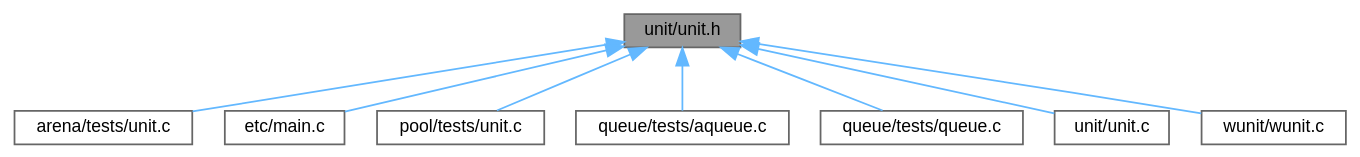
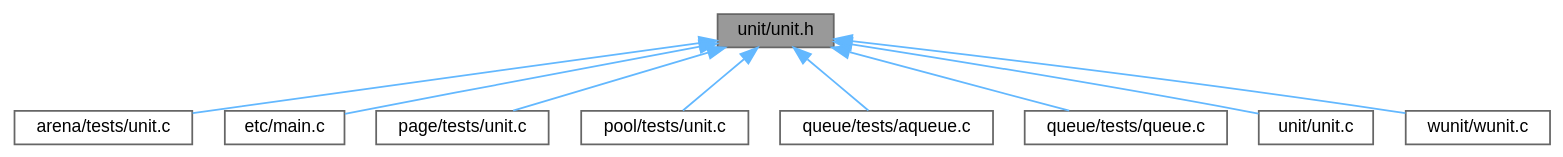
The diagram in docs/d7/d05/unit_8h__dep__incl.dot (segfreak/muda), drawn with Graphviz before and after one commit. The commit also changed 154 other files, not shown here.

```diff
--- a/docs/d7/d05/unit_8h__dep__incl.dot
+++ b/docs/d7/d05/unit_8h__dep__incl.dot
@@ -1,22 +1,24 @@
 digraph "unit/unit.h"
 {
  // LATEX_PDF_SIZE
   bgcolor="transparent";
   edge [fontname=Helvetica,fontsize=10,labelfontname=Helvetica,labelfontsize=10];
   node [fontname=Helvetica,fontsize=10,shape=box,height=0.2,width=0.4];
   Node1 [id="Node000001",label="unit/unit.h",height=0.2,width=0.4,color="gray40", fillcolor="grey60", style="filled", fontcolor="black",tooltip=" "];
   Node1 -> Node2 [id="edge1_Node000001_Node000002",dir="back",color="steelblue1",style="solid",tooltip=" "];
   Node2 [id="Node000002",label="arena/tests/unit.c",height=0.2,width=0.4,color="grey40", fillcolor="white", style="filled",URL="$d1/d84/arena_2tests_2unit_8c.html",tooltip=" "];
   Node1 -> Node3 [id="edge2_Node000001_Node000003",dir="back",color="steelblue1",style="solid",tooltip=" "];
   Node3 [id="Node000003",label="etc/main.c",height=0.2,width=0.4,color="grey40", fillcolor="white", style="filled",URL="$d0/d29/main_8c.html",tooltip=" "];
   Node1 -> Node4 [id="edge3_Node000001_Node000004",dir="back",color="steelblue1",style="solid",tooltip=" "];
-  Node4 [id="Node000004",label="pool/tests/unit.c",height=0.2,width=0.4,color="grey40", fillcolor="white", style="filled",URL="$de/d12/pool_2tests_2unit_8c.html",tooltip=" "];
+  Node4 [id="Node000004",label="page/tests/unit.c",height=0.2,width=0.4,color="grey40", fillcolor="white", style="filled",URL="$d4/d0a/page_2tests_2unit_8c.html",tooltip=" "];
   Node1 -> Node5 [id="edge4_Node000001_Node000005",dir="back",color="steelblue1",style="solid",tooltip=" "];
-  Node5 [id="Node000005",label="queue/tests/aqueue.c",height=0.2,width=0.4,color="grey40", fillcolor="white", style="filled",URL="$da/d2e/tests_2aqueue_8c.html",tooltip=" "];
+  Node5 [id="Node000005",label="pool/tests/unit.c",height=0.2,width=0.4,color="grey40", fillcolor="white", style="filled",URL="$de/d12/pool_2tests_2unit_8c.html",tooltip=" "];
   Node1 -> Node6 [id="edge5_Node000001_Node000006",dir="back",color="steelblue1",style="solid",tooltip=" "];
-  Node6 [id="Node000006",label="queue/tests/queue.c",height=0.2,width=0.4,color="grey40", fillcolor="white", style="filled",URL="$dd/d13/tests_2queue_8c.html",tooltip=" "];
+  Node6 [id="Node000006",label="queue/tests/aqueue.c",height=0.2,width=0.4,color="grey40", fillcolor="white", style="filled",URL="$da/d2e/tests_2aqueue_8c.html",tooltip=" "];
   Node1 -> Node7 [id="edge6_Node000001_Node000007",dir="back",color="steelblue1",style="solid",tooltip=" "];
-  Node7 [id="Node000007",label="unit/unit.c",height=0.2,width=0.4,color="grey40", fillcolor="white", style="filled",URL="$dd/d9a/unit_2unit_8c.html",tooltip=" "];
+  Node7 [id="Node000007",label="queue/tests/queue.c",height=0.2,width=0.4,color="grey40", fillcolor="white", style="filled",URL="$dd/d13/tests_2queue_8c.html",tooltip=" "];
   Node1 -> Node8 [id="edge7_Node000001_Node000008",dir="back",color="steelblue1",style="solid",tooltip=" "];
-  Node8 [id="Node000008",label="wunit/wunit.c",height=0.2,width=0.4,color="grey40", fillcolor="white", style="filled",URL="$d3/d45/wunit_8c.html",tooltip=" "];
+  Node8 [id="Node000008",label="unit/unit.c",height=0.2,width=0.4,color="grey40", fillcolor="white", style="filled",URL="$dd/d9a/unit_2unit_8c.html",tooltip=" "];
+  Node1 -> Node9 [id="edge8_Node000001_Node000009",dir="back",color="steelblue1",style="solid",tooltip=" "];
+  Node9 [id="Node000009",label="wunit/wunit.c",height=0.2,width=0.4,color="grey40", fillcolor="white", style="filled",URL="$d3/d45/wunit_8c.html",tooltip=" "];
 }
```
